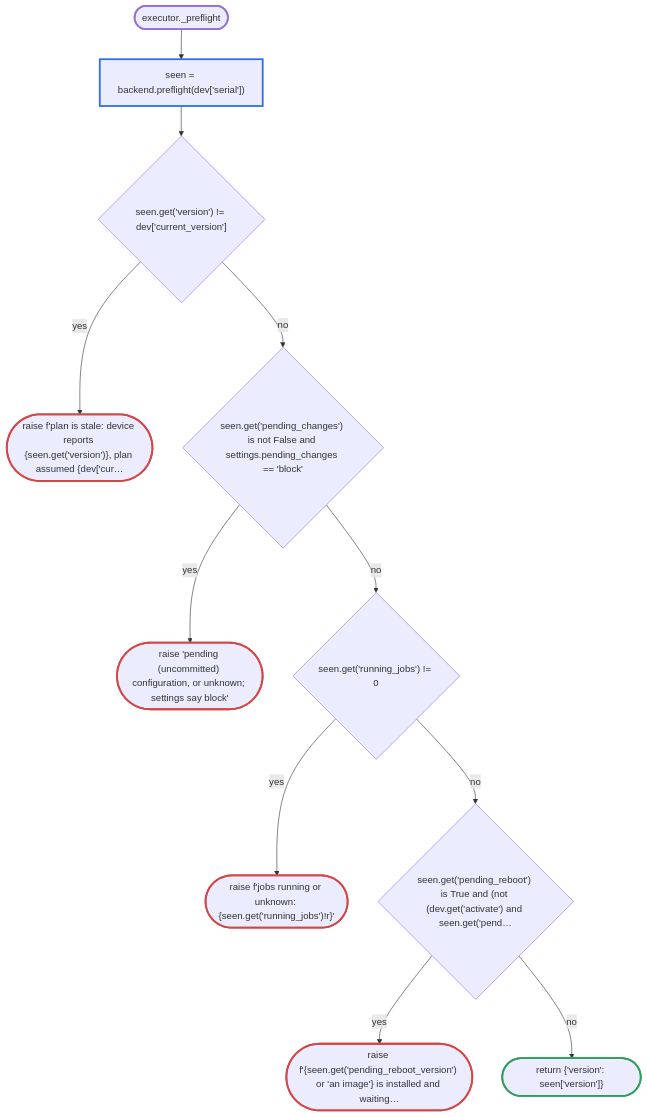
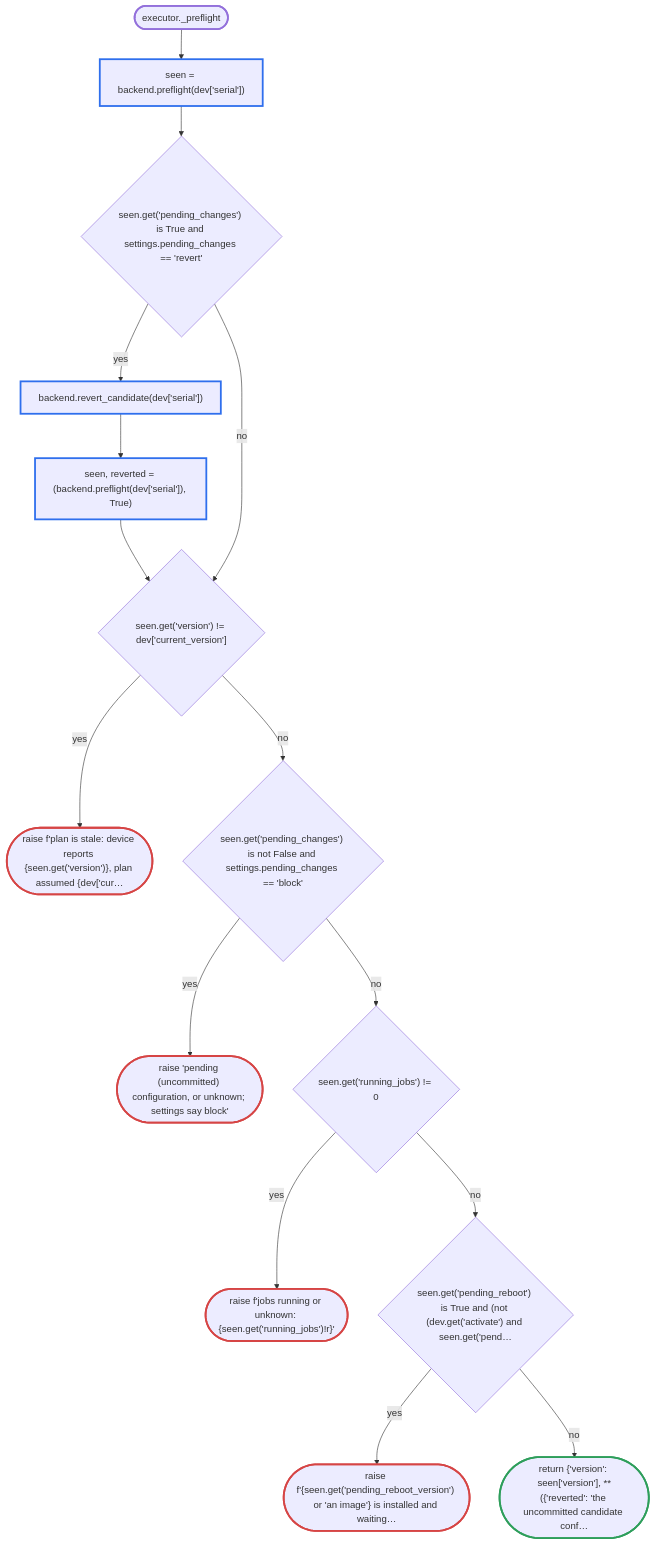
One commit to fettigcj/panUpgrade changed the fourth of 22 diagrams in docs/flow/upgrade.md. Above: the diagram before and after it, drawn with Mermaid. The commit also changed other lines of this file and 13 other files, not shown here.

Commit message:
Group window covers the whole group; HA never in a group; pending_changes=revert; scenarios doc

````diff
--- a/docs/flow/upgrade.md
+++ b/docs/flow/upgrade.md
@@ -217,36 +220,45 @@
 ```mermaid
 flowchart TD
     p1(["executor._preflight"])
     p2["seen = backend.preflight(dev['serial'])"]
-    p3{"seen.get('version') != dev['current_version']"}
-    p4(["raise f'plan is stale: device reports {seen.get('version')}, plan assumed {dev['cur…"])
-    p5{"seen.get('pending_changes') is not False and settings.pending_changes == 'block'"}
-    p6(["raise 'pending (uncommitted) configuration, or unknown; settings say block'"])
-    p7{"seen.get('running_jobs') != 0"}
-    p8(["raise f'jobs running or unknown: {seen.get('running_jobs')!r}'"])
-    p9{"seen.get('pending_reboot') is True and (not (dev.get('activate') and seen.get('pend…"}
-    p10(["raise f'{seen.get('pending_reboot_version') or 'an image'} is installed and waiting…"])
-    p11(["return {'version': seen['version']}"])
+    p3{"seen.get('pending_changes') is True and settings.pending_changes == 'revert'"}
+    p4["backend.revert_candidate(dev['serial'])"]
+    p5["seen, reverted = (backend.preflight(dev['serial']), True)"]
+    p6{"seen.get('version') != dev['current_version']"}
+    p7(["raise f'plan is stale: device reports {seen.get('version')}, plan assumed {dev['cur…"])
+    p8{"seen.get('pending_changes') is not False and settings.pending_changes == 'block'"}
+    p9(["raise 'pending (uncommitted) configuration, or unknown; settings say block'"])
+    p10{"seen.get('running_jobs') != 0"}
+    p11(["raise f'jobs running or unknown: {seen.get('running_jobs')!r}'"])
+    p12{"seen.get('pending_reboot') is True and (not (dev.get('activate') and seen.get('pend…"}
+    p13(["raise f'{seen.get('pending_reboot_version') or 'an image'} is installed and waiting…"])
+    p14(["return {'version': seen['version'], **({'reverted': 'the uncommitted candidate conf…"])
     p1 --> p2
     p2 --> p3
     p3 -->|yes| p4
-    p3 -->|no| p5
-    p5 -->|yes| p6
-    p5 -->|no| p7
-    p7 -->|yes| p8
-    p7 -->|no| p9
-    p9 -->|yes| p10
-    p9 -->|no| p11
+    p4 --> p5
+    p5 --> p6
+    p3 -->|no| p6
+    p6 -->|yes| p7
+    p6 -->|no| p8
+    p8 -->|yes| p9
+    p8 -->|no| p10
+    p10 -->|yes| p11
+    p10 -->|no| p12
+    p12 -->|yes| p13
+    p12 -->|no| p14
     classDef api stroke:#2f6fed,stroke-width:3px
     classDef refuse stroke:#d64545,stroke-width:3px
     classDef done stroke:#2e9e5b,stroke-width:3px
     classDef step stroke:#e0a020,stroke-width:3px
     classDef entry stroke-width:3px
     class p1 entry
     class p2 api
-    class p4 refuse
-    class p6 refuse
-    class p8 refuse
-    class p10 refuse
-    class p11 done
+    class p4 api
+    class p5 api
+    class p7 refuse
+    class p9 refuse
+    class p11 refuse
+    class p13 refuse
+    class p14 done
 ```
````
